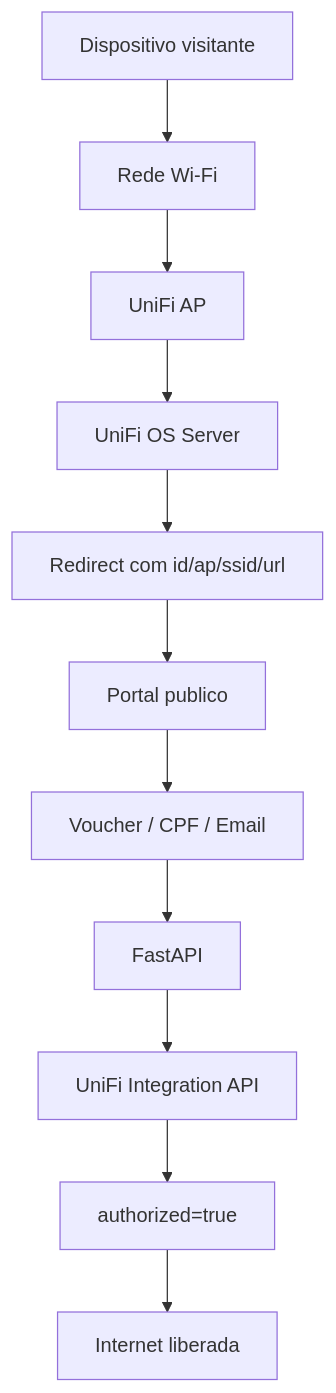
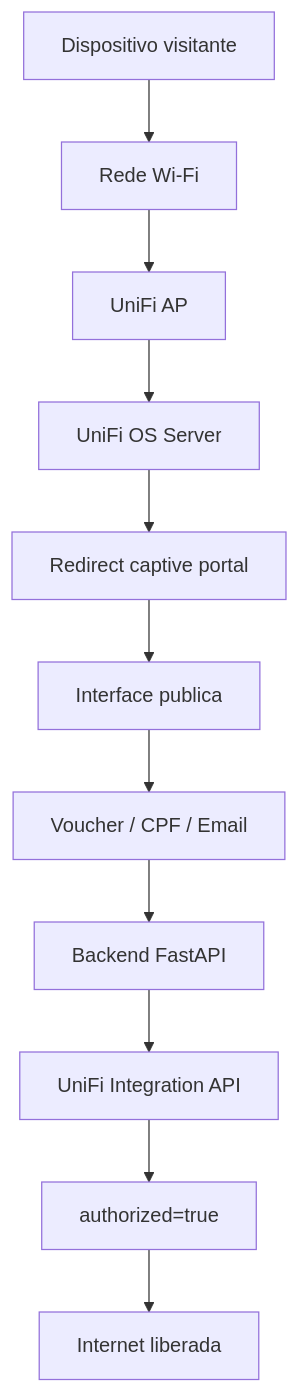
Before and after one commit to roberth-silva-lab/Captive-portal: the second of 6 diagrams in README.md, drawn with Mermaid. The commit also changed other lines of this file, not shown here.

````diff
--- a/README.md
+++ b/README.md
@@ -46,13 +46,13 @@
 ```mermaid
 flowchart TD
   Client[Dispositivo visitante] --> WiFi[Rede Wi-Fi]
   WiFi --> AP[UniFi AP]
   AP --> UniFiOS[UniFi OS Server]
-  UniFiOS --> Redirect[Redirect com id/ap/ssid/url]
-  Redirect --> Portal[Portal publico]
+  UniFiOS --> Redirect[Redirect captive portal]
+  Redirect --> Portal[Interface publica]
   Portal --> Auth[Voucher / CPF / Email]
-  Auth --> API[FastAPI]
+  Auth --> API[Backend FastAPI]
   API --> UniFiAPI[UniFi Integration API]
   UniFiAPI --> Confirmacao[authorized=true]
   Confirmacao --> Internet[Internet liberada]
 ```
````
